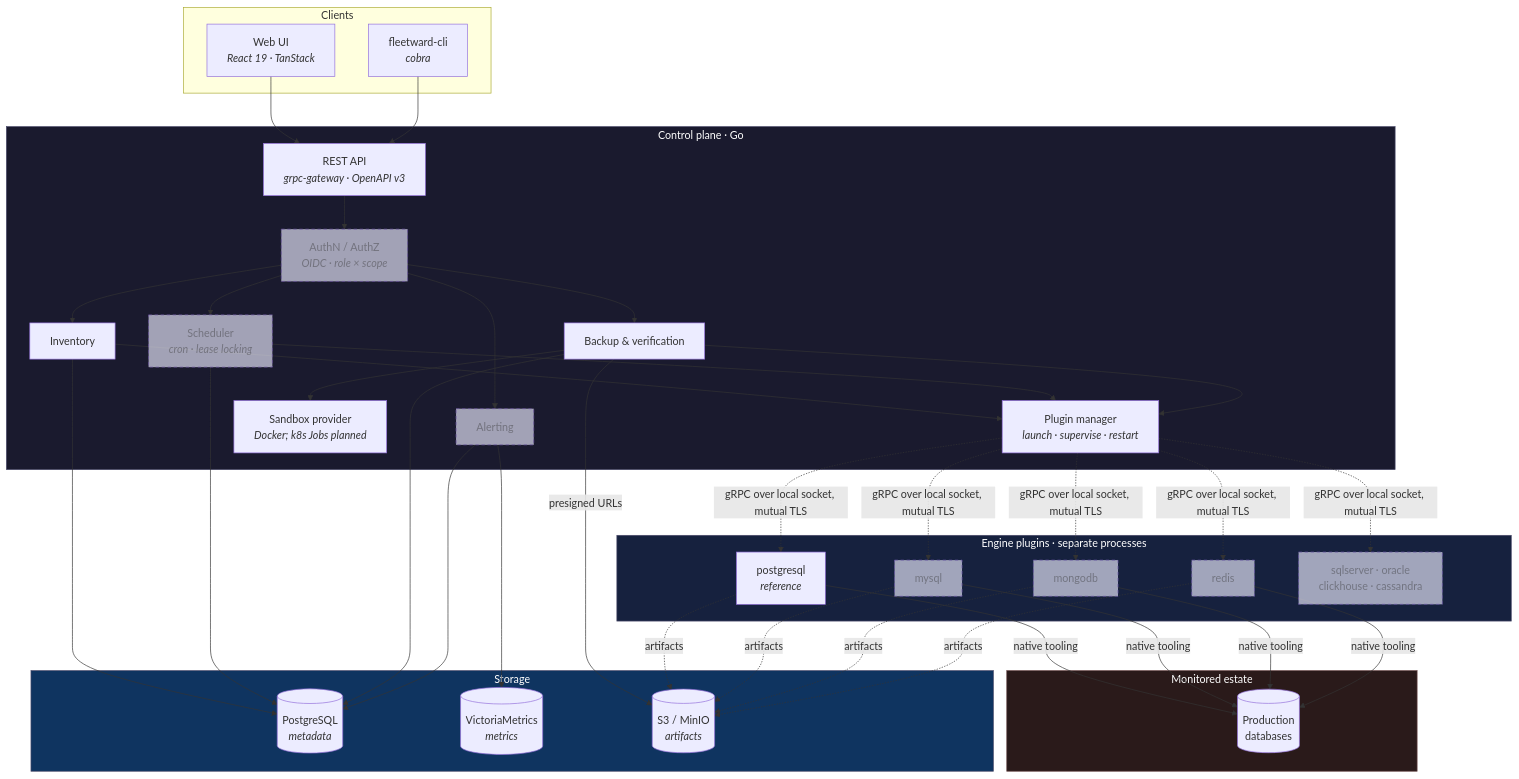
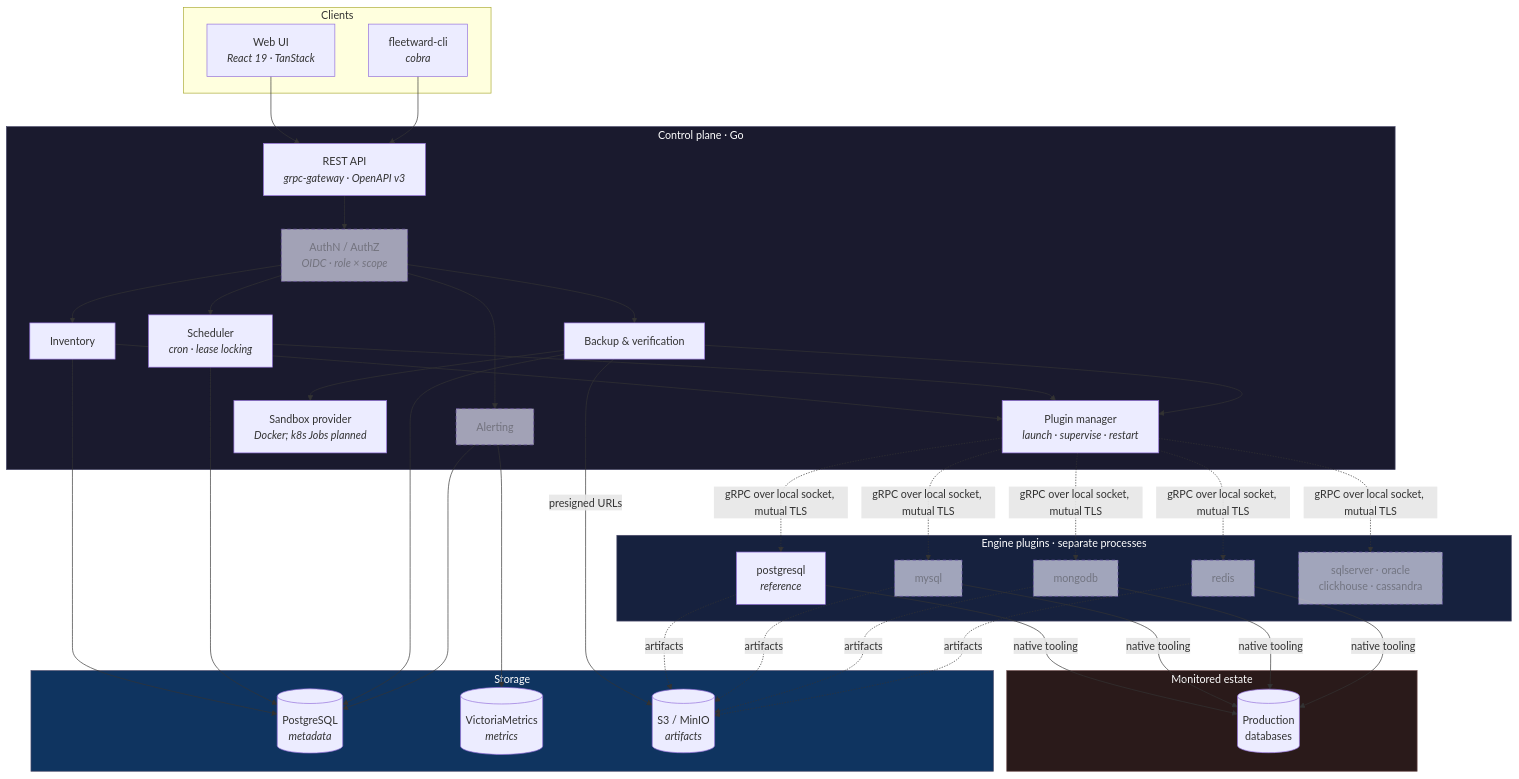
One commit to danmorcov88/Fleetward changed the first of 2 diagrams in docs/architecture.md. Above: the diagram before and after it, drawn with Mermaid. The commit also changed other lines of this file and 37 other files, not shown here.

````diff
--- a/docs/architecture.md
+++ b/docs/architecture.md
@@ -7,56 +7,56 @@
 ```mermaid
 flowchart TB
     subgraph clients["Clients"]
         UI["Web UI<br/><i>React 19 · TanStack</i>"]
         CLI["fleetward-cli<br/><i>cobra</i>"]
     end
 
     subgraph core["Control plane · Go"]
         API["REST API<br/><i>grpc-gateway · OpenAPI v3</i>"]
         RBAC["AuthN / AuthZ<br/><i>OIDC · role × scope</i>"]:::planned
         INV["Inventory"]
-        SCHED["Scheduler<br/><i>cron · lease locking</i>"]:::planned
+        SCHED["Scheduler<br/><i>cron · lease locking</i>"]
         BACKUP["Backup &amp; verification"]
         ALERT["Alerting"]:::planned
         PM["Plugin manager<br/><i>launch · supervise · restart</i>"]
         SANDBOX["Sandbox provider<br/><i>Docker; k8s Jobs planned</i>"]
     end
 
     subgraph plugins["Engine plugins · separate processes"]
         PG["postgresql<br/><i>reference</i>"]
         MY["mysql"]:::planned
         MG["mongodb"]:::planned
         RD["redis"]:::planned
         FUTURE["sqlserver · oracle<br/>clickhouse · cassandra"]:::planned
     end
 
     subgraph storage["Storage"]
         META[("PostgreSQL<br/><i>metadata</i>")]
         TSDB[("VictoriaMetrics<br/><i>metrics</i>")]
         OBJ[("S3 / MinIO<br/><i>artifacts</i>")]
     end
 
     subgraph estate["Monitored estate"]
         DB1[("Production<br/>databases")]
     end
 
     UI --> API
     CLI --> API
     API --> RBAC
     RBAC --> INV & SCHED & BACKUP & ALERT
     INV & SCHED & BACKUP --> PM
     BACKUP --> SANDBOX
     PM -.->|"gRPC over local socket, mutual TLS"| PG & MY & MG & RD & FUTURE
     PG & MY & MG & RD -->|"native tooling"| DB1
     INV & SCHED & BACKUP & ALERT --> META
     BACKUP -->|"presigned URLs"| OBJ
     PG & MY & MG & RD -.->|"artifacts"| OBJ
     ALERT --> TSDB
 
     classDef planned stroke-dasharray:5 4,opacity:0.65
 
     style core fill:#1a1a2e,stroke:#4a4a6a,color:#fff
     style plugins fill:#16213e,stroke:#4a4a6a,color:#fff
     style storage fill:#0f3460,stroke:#4a4a6a,color:#fff
     style estate fill:#2a1a1a,stroke:#6a4a4a,color:#fff
 ```
````
